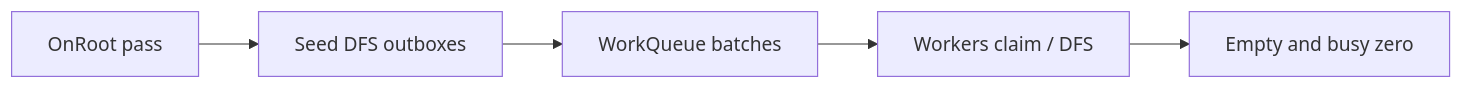
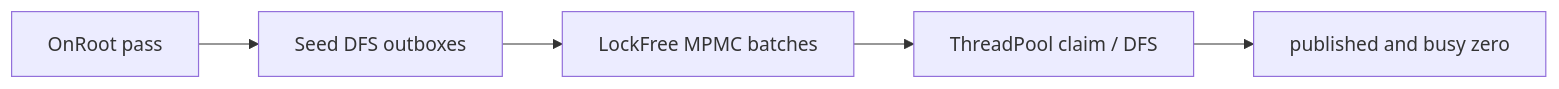
The diagram in docs/concepts/hierarchy.md (gilmar-sales/Freyr), drawn with Mermaid before and after one commit. The commit also changed other lines of this file and 3 other files, not shown here.

First line of the commit message:
perf(hierarchy): replace per-frame worker threads with pooled ThreadPool tasks and lock-free MPMC queue

````diff
--- a/docs/concepts/hierarchy.md
+++ b/docs/concepts/hierarchy.md
@@ -114,7 +116,7 @@
 ```mermaid
 flowchart LR
   roots[OnRoot pass] --> seed[Seed DFS outboxes]
-  seed --> q[WorkQueue batches]
-  q --> workers[Workers claim / DFS]
-  workers --> done[Empty and busy zero]
+  seed --> q[LockFree MPMC batches]
+  q --> workers[ThreadPool claim / DFS]
+  workers --> done[published and busy zero]
 ```
````
